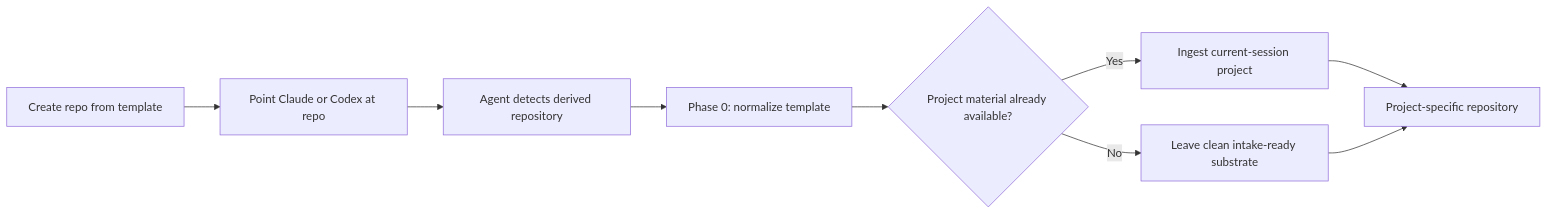
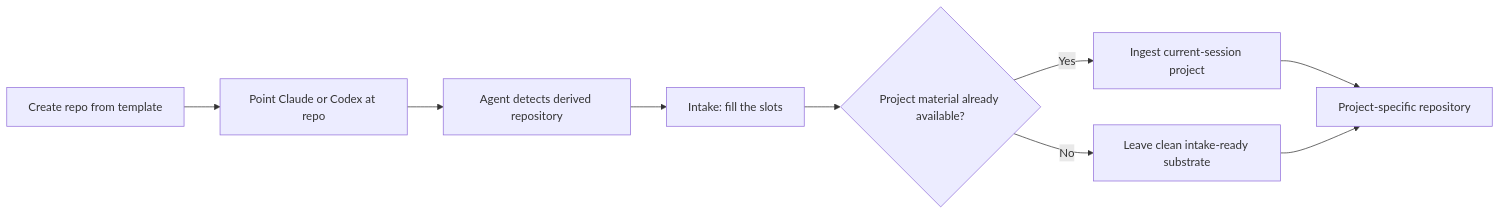
Before and after one commit to Daniel-T-S-Adams/AI-repo-template: the diagram in README.md, drawn with Mermaid. The commit also changed other lines of this file and 49 other files, not shown here.

First line of the commit message:
feat: slot-based context architecture and AI review pipeline (#1)

````diff
--- a/README.md
+++ b/README.md
@@ -16,11 +16,11 @@
 ```mermaid
 flowchart LR
     A[Create repo from template] --> B[Point Claude or Codex at repo]
     B --> C[Agent detects derived repository]
-    C --> D[Phase 0: normalize template]
+    C --> D[Intake: fill the slots]
     D --> E{Project material already available?}
     E -->|Yes| F[Ingest current-session project]
     E -->|No| G[Leave clean intake-ready substrate]
     F --> H[Project-specific repository]
     G --> H
 ```
````
